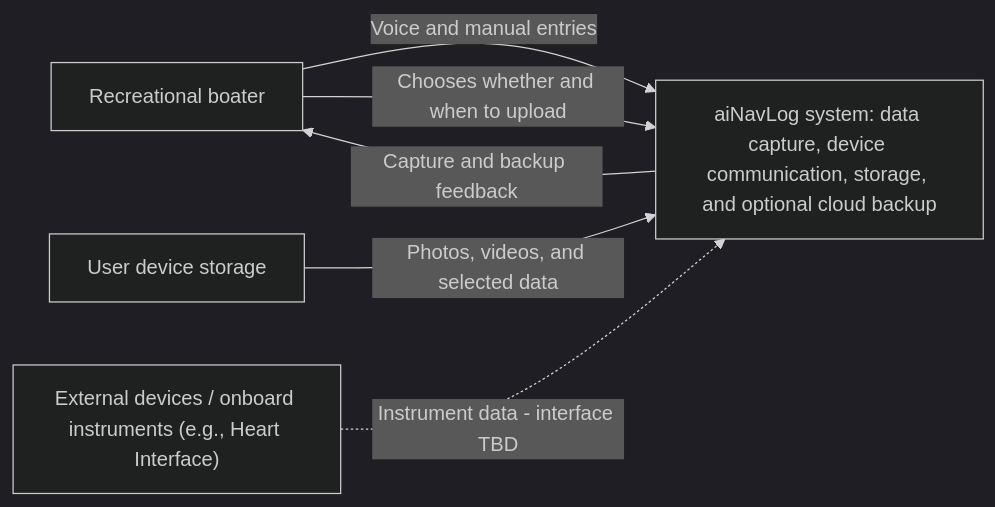
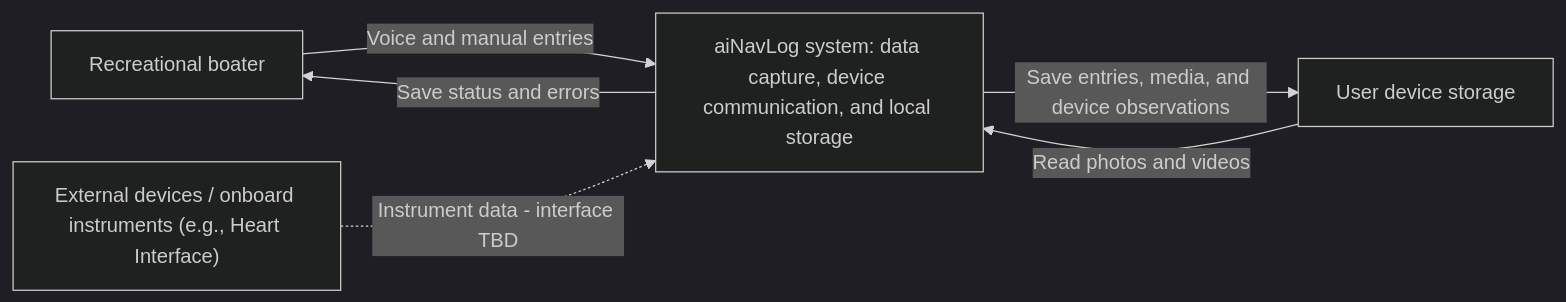
One commit to amanlig/kodekomplete changed the first of 2 diagrams in architecture.md. Above: the diagram before and after it, drawn with Mermaid (dark theme). The commit also changed other lines of this file and 7 other files, not shown here.

````diff
--- a/architecture.md
+++ b/architecture.md
@@ -87,13 +83,13 @@
 ```mermaid
 flowchart LR
     Boater["Recreational boater"]
     Device["User device storage"]
     Instruments["External devices / onboard instruments (e.g., Heart Interface)"]
-    System["aiNavLog system: data capture, device communication, storage, and optional cloud backup"]
+    System["aiNavLog system: data capture, device communication, and local storage"]
 
     Boater -->|"Voice and manual entries"| System
-    Boater -->|"Chooses whether and when to upload"| System
-    Device -->|"Photos, videos, and selected data"| System
+    Device -->|"Read photos and videos"| System
+    System -->|"Save entries, media, and device observations"| Device
     Instruments -.->|"Instrument data - interface TBD"| System
-    System -->|"Capture and backup feedback"| Boater
+    System -->|"Save status and errors"| Boater
 ```
````
